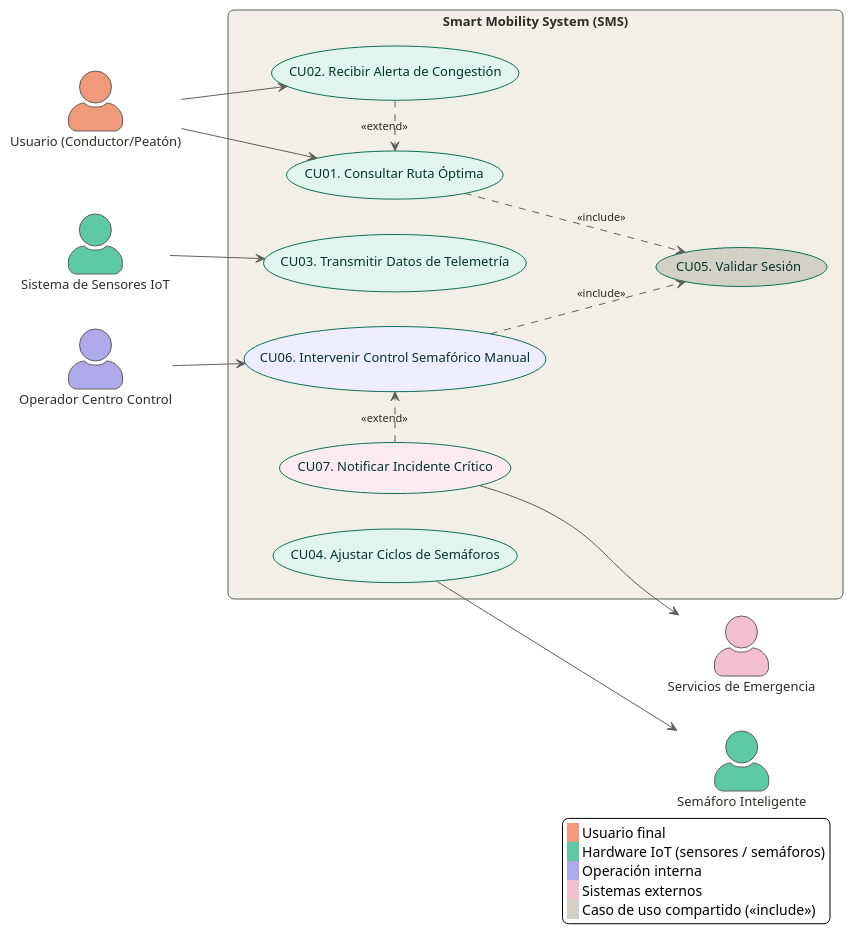
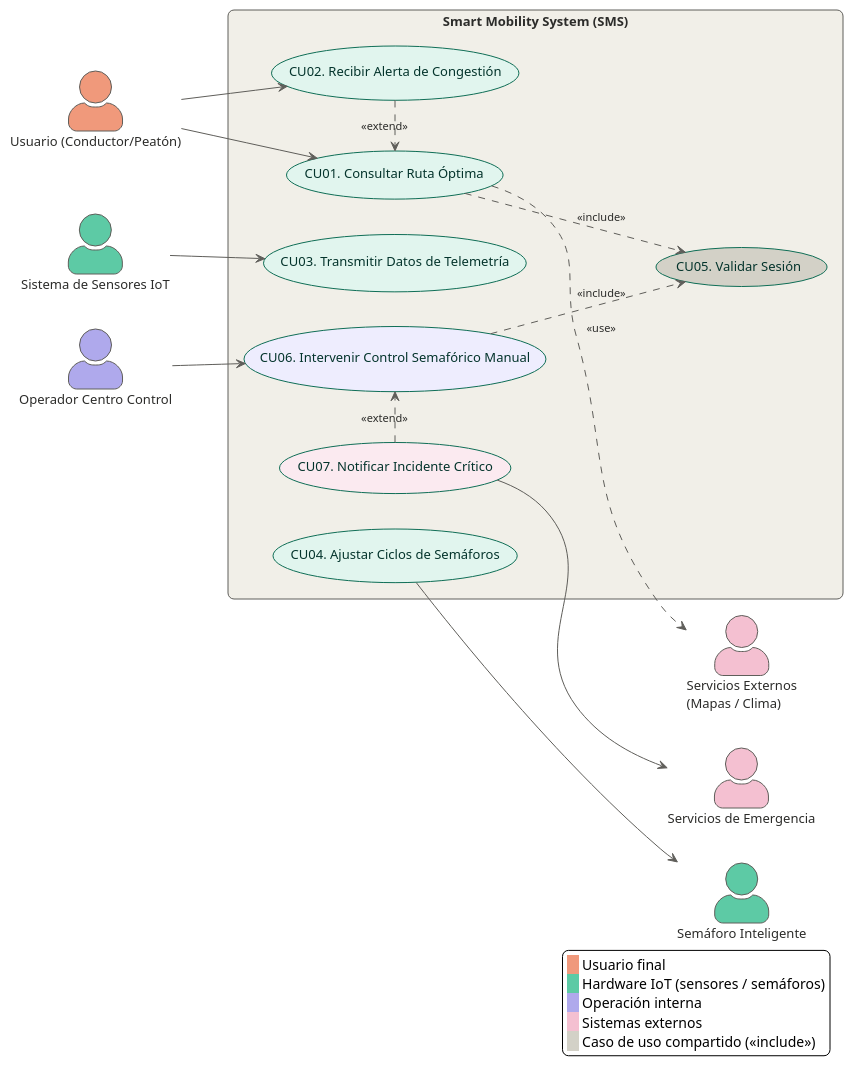
Before and after one commit to JhonathanMusa/smart-mobility-system: the diagram in diagrams/src/vista-casos-de-uso.puml, drawn with PlantUML. The commit also changed 6 other files, not shown here.

Commit message:
Update diagrams and png files

```diff
--- a/diagrams/src/vista-casos-de-uso.puml
+++ b/diagrams/src/vista-casos-de-uso.puml
@@ -1,72 +1,74 @@
 @startuml vista-casos-de-uso
 !theme plain
 skinparam packageStyle rectangle
 skinparam actorStyle awesome
 skinparam shadowing false
 skinparam roundCorner 12
 skinparam defaultFontName Arial
 skinparam defaultFontSize 13
 
 skinparam ArrowColor #5F5E5A
 skinparam ArrowFontColor #2C2C2A
 skinparam ArrowFontSize 11
 
 skinparam usecase {
   BackgroundColor #E1F5EE
   BorderColor #0F6E56
   FontColor #04342C
   BorderThickness 1
 }
 
 skinparam actor {
   BorderColor #5F5E5A
   FontColor #2C2C2A
   BorderThickness 1
 }
 
 skinparam rectangle {
   BackgroundColor #F1EFE8
   BorderColor #5F5E5A
   FontColor #2C2C2A
   BorderThickness 1
 }
 
 left to right direction
 
 actor "Usuario (Conductor/Peatón)" as User #F0997B
 actor "Sistema de Sensores IoT" as Sensors #5DCAA5
 actor "Semáforo Inteligente" as TrafficLight #5DCAA5
 actor "Operador Centro Control" as Operator #AFA9EC
 actor "Servicios de Emergencia" as Emergency #F4C0D1
+actor "Servicios Externos\n(Mapas / Clima)" as ExtServices #F4C0D1
 
 rectangle "Smart Mobility System (SMS)" {
   usecase "CU01. Consultar Ruta Óptima" as CU01
   usecase "CU02. Recibir Alerta de Congestión" as CU02
   usecase "CU03. Transmitir Datos de Telemetría" as CU03 #E1F5EE
   usecase "CU04. Ajustar Ciclos de Semáforos" as CU04 #E1F5EE
   usecase "CU05. Validar Sesión" as CU05 #D3D1C7
   usecase "CU06. Intervenir Control Semafórico Manual" as CU06 #EEEDFE
   usecase "CU07. Notificar Incidente Crítico" as CU07 #FBEAF0
 }
 
 User --> CU01
 User --> CU02
 Sensors --> CU03
 CU04 --> TrafficLight
 Operator --> CU06
 CU07 --> Emergency
 
 CU01 ..> CU05 : <<include>>
 CU06 ..> CU05 : <<include>>
 CU02 .> CU01 : <<extend>>
 CU07 .> CU06 : <<extend>>
+CU01 ..> ExtServices : <<use>>
 
 legend right
   <back:#F0997B>   </back> Usuario final
   <back:#5DCAA5>   </back> Hardware IoT (sensores / semáforos)
   <back:#AFA9EC>   </back> Operación interna
   <back:#F4C0D1>   </back> Sistemas externos
   <back:#D3D1C7>   </back> Caso de uso compartido (<<include>>)
 endlegend
 
 @enduml
```
